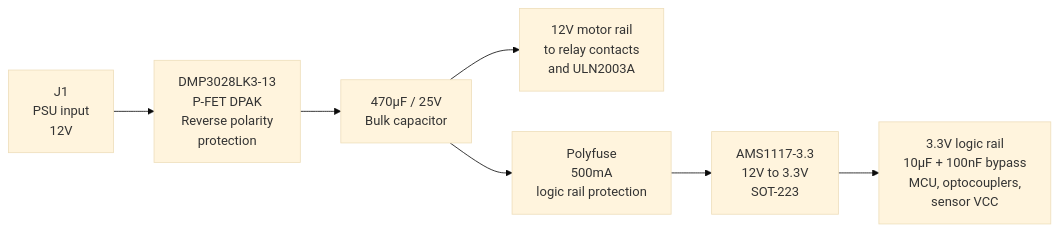
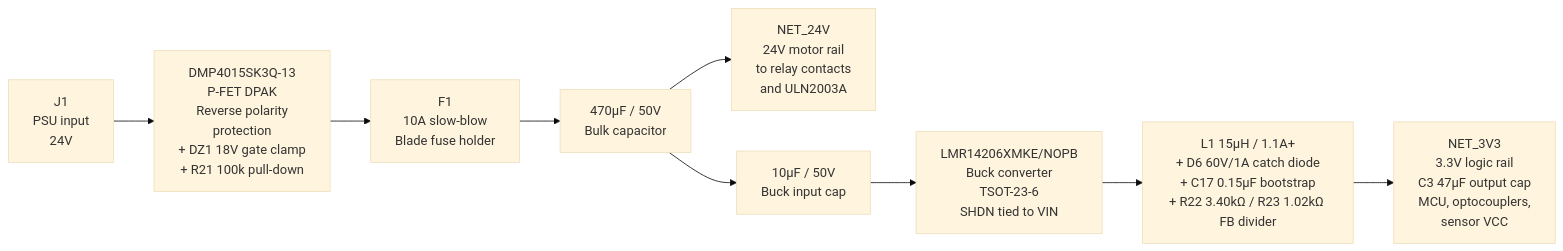
Before and after one commit to gonzafernan/pool-cover-control: the sixth of 9 diagrams in DESIGN.md, drawn with Mermaid (base theme). The commit also changed other lines of this file and 4 other files, not shown here.

Commit message:
feat(hardware): implement SC1 power tree schematic

````diff
--- a/DESIGN.md
+++ b/DESIGN.md
@@ -281,9 +289,11 @@
 ```mermaid
 flowchart LR
-    J1["J1\nPSU input\n12V"] --> Q1["DMP3028LK3-13\nP-FET DPAK\nReverse polarity\nprotection"]
-    Q1 --> C1["470µF / 25V\nBulk capacitor"]
-    C1 --> MOTOR_RAIL["12V motor rail\nto relay contacts\nand ULN2003A"]
-    C1 --> PF["Polyfuse\n500mA\nlogic rail protection"]
-    PF --> U3["AMS1117-3.3\n12V to 3.3V\nSOT-223"]
-    U3 --> V33["3.3V logic rail\n10µF + 100nF bypass\nMCU, optocouplers,\nsensor VCC"]
+    J1["J1\nPSU input\n24V"] --> Q1["DMP4015SK3Q-13\nP-FET DPAK\nReverse polarity\nprotection\n+ DZ1 18V gate clamp\n+ R21 100k pull-down"]
+    Q1 --> F1["F1\n10A slow-blow\nBlade fuse holder"]
+    F1 --> C1["470µF / 50V\nBulk capacitor"]
+    C1 --> MOTOR_RAIL["NET_24V\n24V motor rail\nto relay contacts\nand ULN2003A"]
+    C1 --> C2["10µF / 50V\nBuck input cap"]
+    C2 --> U3["LMR14206XMKE/NOPB\nBuck converter\nTSOT-23-6\nSHDN tied to VIN"]
+    U3 --> L1["L1 15µH / 1.1A+\n+ D6 60V/1A catch diode\n+ C17 0.15µF bootstrap\n+ R22 3.40kΩ / R23 1.02kΩ FB divider"]
+    L1 --> V33["NET_3V3\n3.3V logic rail\nC3 47µF output cap\nMCU, optocouplers,\nsensor VCC"]
 ```
````
